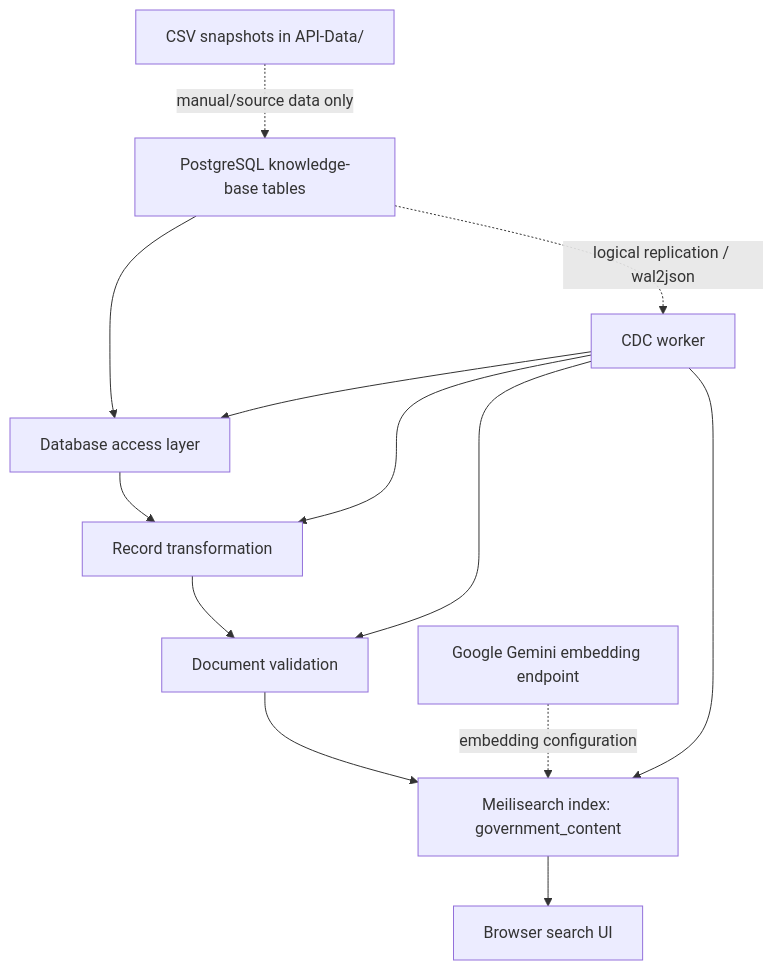
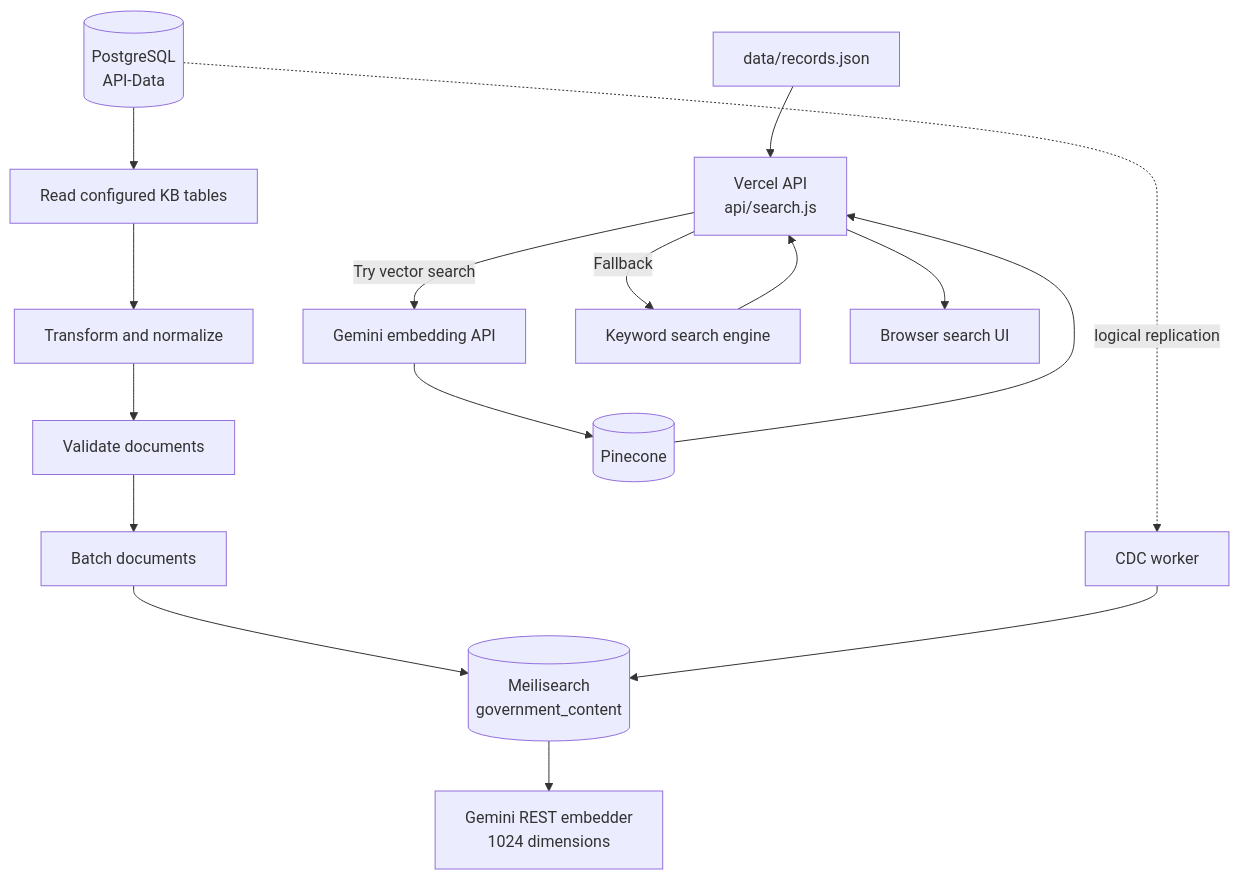
The diagram in README.md (alihaider-abacus/Meilisearch-KB-Automation), drawn with Mermaid before and after one commit. The commit also changed other lines of this file, not shown here.

````diff
--- a/README.md
+++ b/README.md
@@ -42,15 +83,20 @@
 ```mermaid
 flowchart TD
-    A[PostgreSQL knowledge-base tables] --> B[Database access layer]
-    B --> C[Record transformation]
-    C --> D[Document validation]
-    D --> E[Meilisearch index: government_content]
-    E --> F[Browser search UI]
-    G[Google Gemini embedding endpoint] -. embedding configuration .-> E
-    A -. logical replication / wal2json .-> H[CDC worker]
-    H --> B
-    H --> C
-    H --> D
-    H --> E
-    I[CSV snapshots in API-Data/] -. manual/source data only .-> A
+    PG[(PostgreSQL<br/>API-Data)] --> EX[Read configured KB tables]
+    EX --> TR[Transform and normalize]
+    TR --> VA[Validate documents]
+    VA --> BA[Batch documents]
+    BA --> MS[(Meilisearch<br/>government_content)]
+    MS --> EMB[Gemini REST embedder<br/>1024 dimensions]
+
+    PG -. logical replication .-> CDC[CDC worker]
+    CDC --> MS
+
+    JSON[data/records.json] --> API[Vercel API<br/>api/search.js]
+    API -->|Try vector search| GEM[Gemini embedding API]
+    GEM --> PC[(Pinecone)]
+    API -->|Fallback| KW[Keyword search engine]
+    PC --> API
+    KW --> API
+    API --> UI[Browser search UI]
 ```
````
